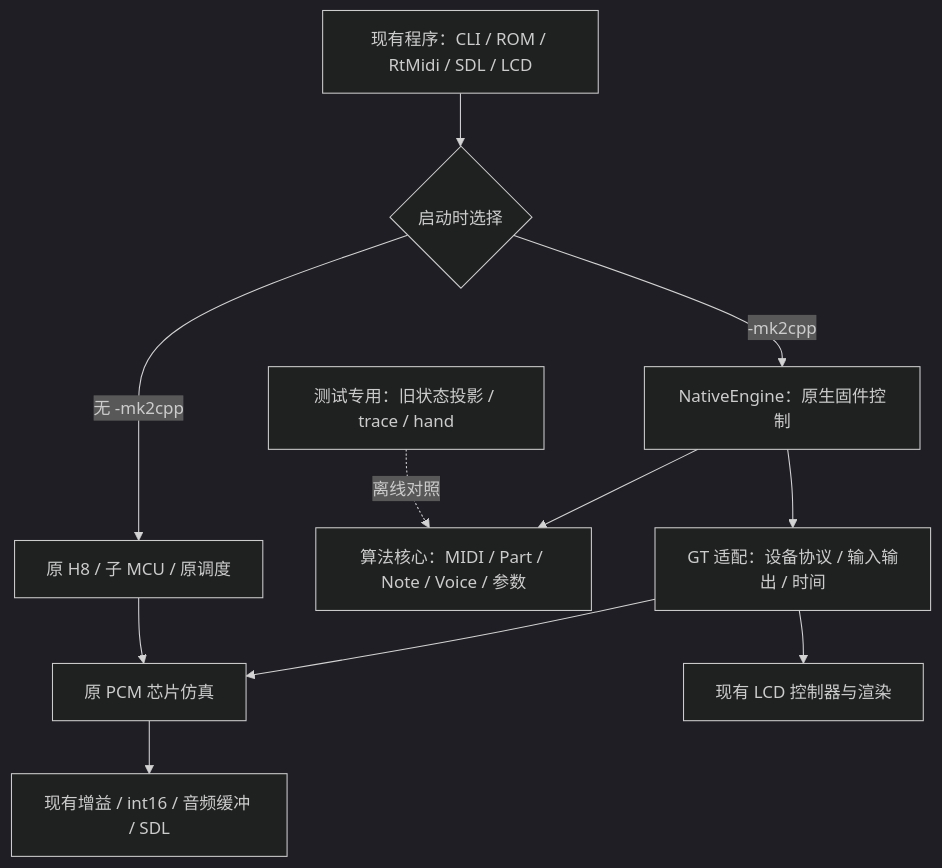
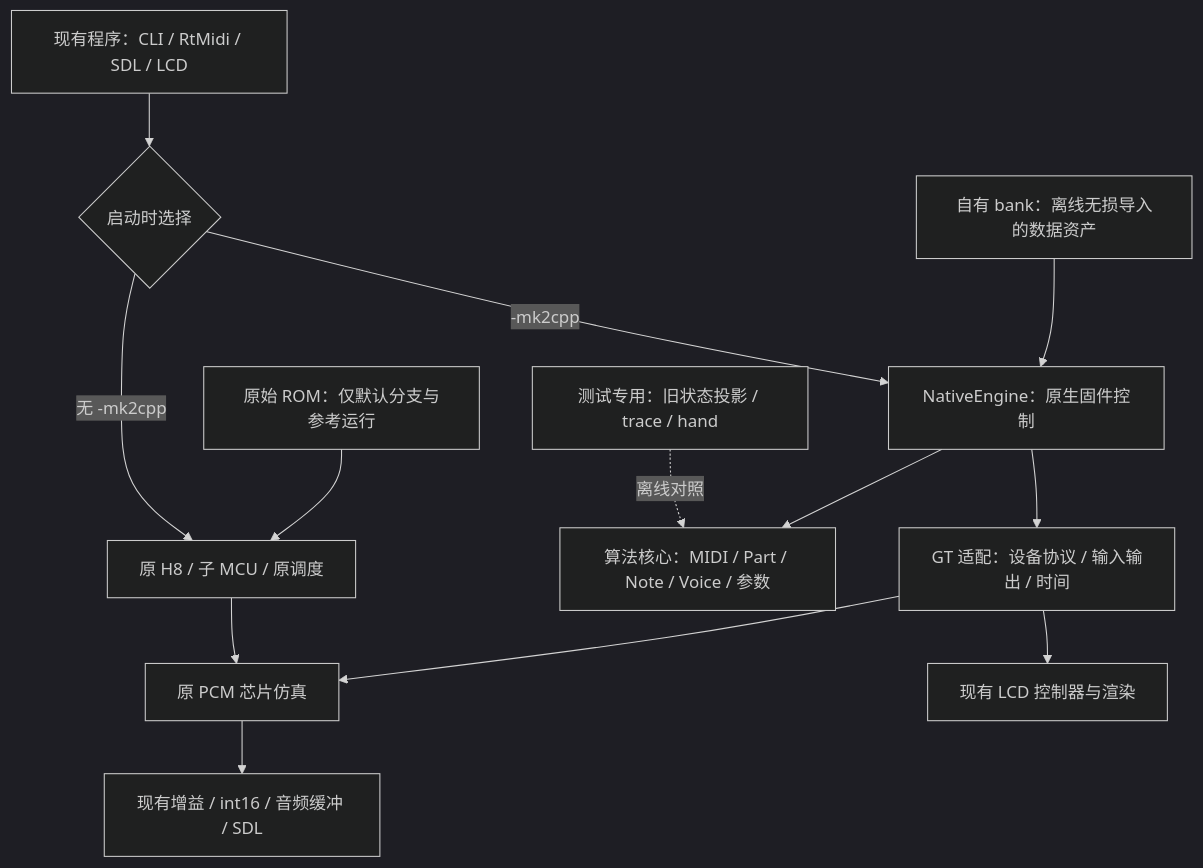
The diagram in mk2cpp/docs/14_m45_native_architecture.md (CHFreezer/Nuked-SC55), drawn with Mermaid (dark theme) before and after one commit. The commit also changed other lines of this file and 7 other files, not shown here.

````diff
--- a/mk2cpp/docs/14_m45_native_architecture.md
+++ b/mk2cpp/docs/14_m45_native_architecture.md
@@ -33,13 +34,15 @@
 ```mermaid
 flowchart TD
-    Host[现有程序：CLI / ROM / RtMidi / SDL / LCD] --> Select{启动时选择}
+    Host[现有程序：CLI / RtMidi / SDL / LCD] --> Select{启动时选择}
     Select -->|无 -mk2cpp| Legacy[原 H8 / 子 MCU / 原调度]
     Select -->|-mk2cpp| Native[NativeEngine：原生固件控制]
+    Original[原始 ROM：仅默认分支与参考运行] --> Legacy
+    Bank[自有 bank：离线无损导入的数据资产] --> Native
     Native --> Core[算法核心：MIDI / Part / Note / Voice / 参数]
     Native --> Ports[GT 适配：设备协议 / 输入输出 / 时间]
     Legacy --> PCM[原 PCM 芯片仿真]
     Ports --> PCM
     PCM --> Audio[现有增益 / int16 / 音频缓冲 / SDL]
     Ports --> LCD[现有 LCD 控制器与渲染]
     Ref[测试专用：旧状态投影 / trace / hand] -.离线对照.-> Core
 ```
````
